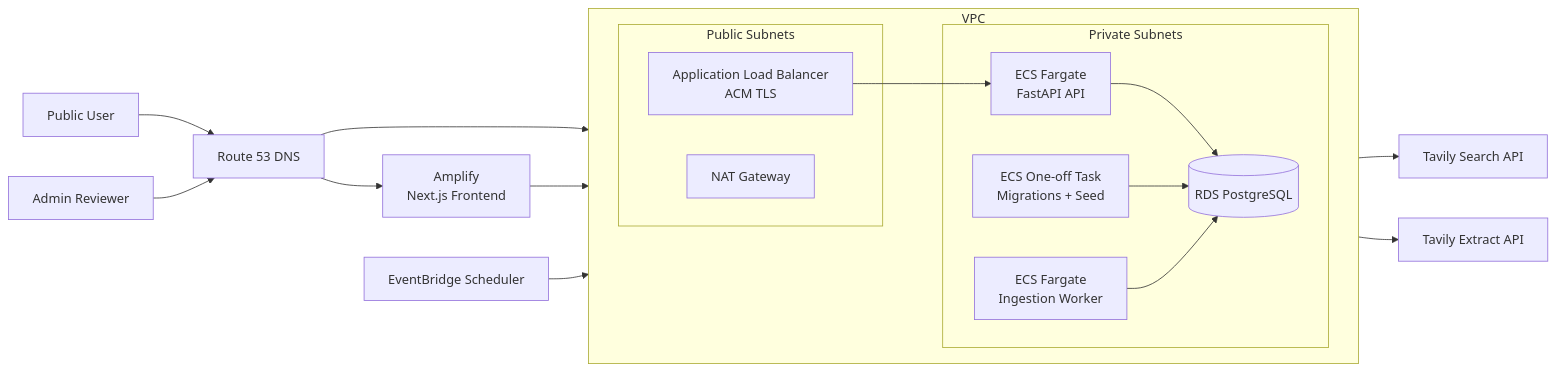
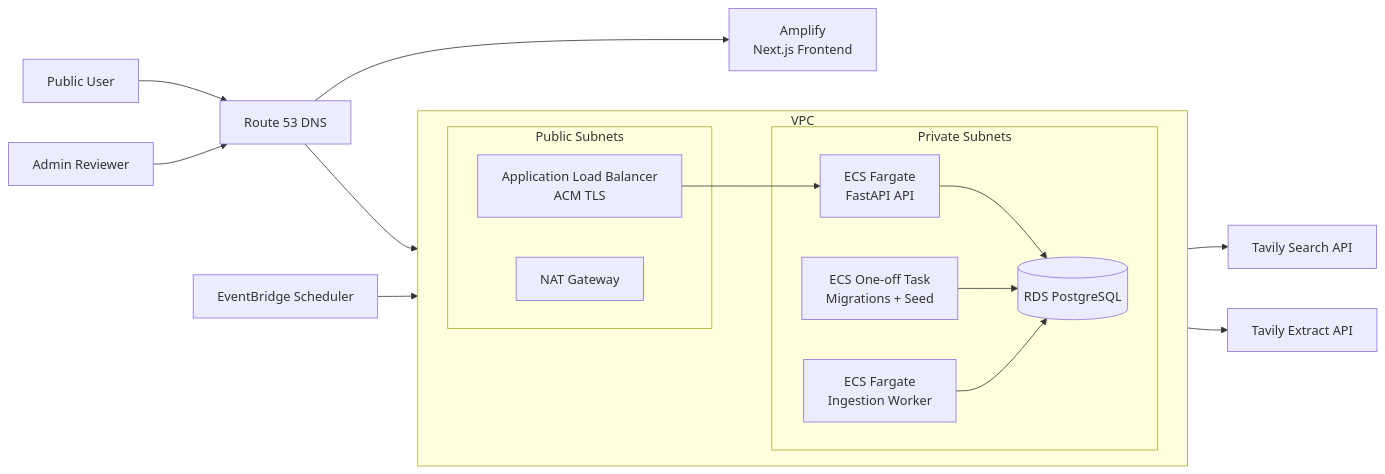
The diagram in docs/architecture/aws.md (lblaseygg/coastal-watch), drawn with Mermaid before and after one commit. The commit also changed 1 other file, not shown here.

Commit message:
Align README and AWS docs

````diff
--- a/docs/architecture/aws.md
+++ b/docs/architecture/aws.md
@@ -15,34 +15,33 @@
 ```mermaid
 flowchart LR
     User[Public User] --> Route53[Route 53 DNS]
     Admin[Admin Reviewer] --> Route53
 
     Route53 --> Amplify[Amplify<br/>Next.js Frontend]
     Route53 --> ALB[Application Load Balancer<br/>ACM TLS]
 
     subgraph VPC["VPC"]
         direction LR
 
         subgraph Public["Public Subnets"]
             ALB
             NAT[NAT Gateway]
         end
 
         subgraph Private["Private Subnets"]
             API[ECS Fargate<br/>FastAPI API]
             Worker[ECS Fargate<br/>Ingestion Worker]
             Init[ECS One-off Task<br/>Migrations + Seed]
             RDS[(RDS PostgreSQL)]
         end
     end
 
-    Amplify --> ALB
     ALB --> API
     API --> RDS
     Init --> RDS
 
     EventBridge[EventBridge Scheduler] --> Worker
     Worker --> Search[Tavily Search API]
     Worker --> Extract[Tavily Extract API]
     Worker --> RDS
 ```
````
